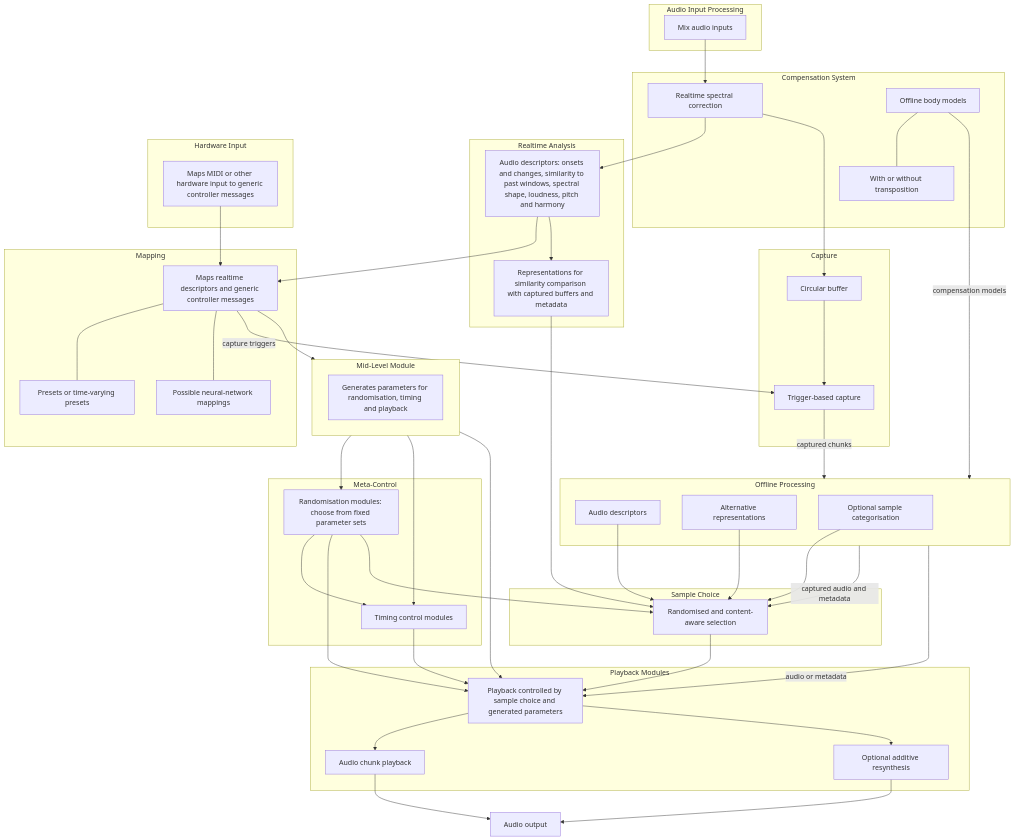
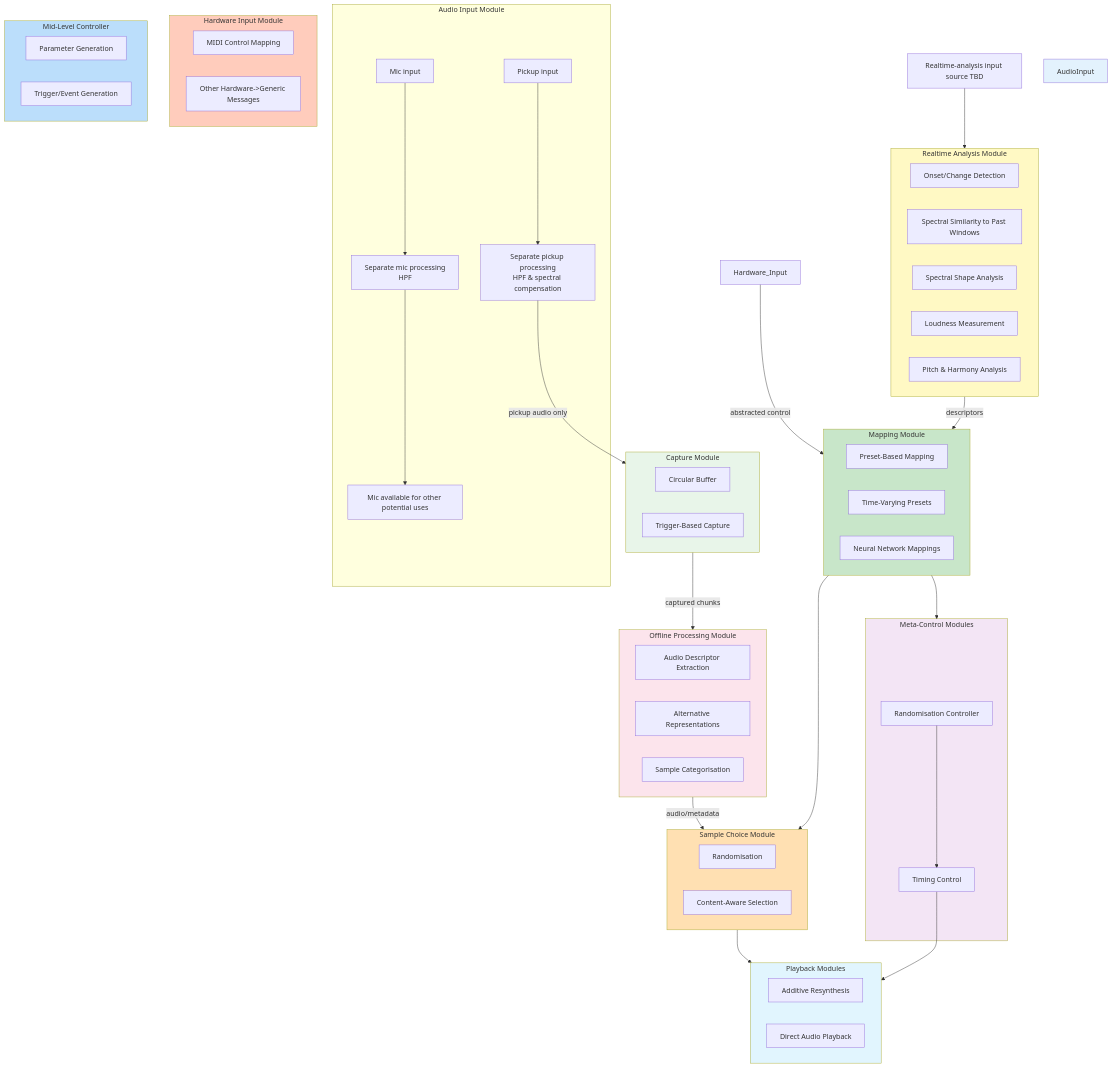
Before and after one commit to AlexHarker/wintersleep: the first of 5 diagrams in System Architecture.md, drawn with Mermaid. The commit also changed other lines of this file and 2 other files, not shown here.

````diff
--- a/System Architecture.md
+++ b/System Architecture.md
@@ -7,92 +5,91 @@
 ```mermaid
 flowchart TB
-    subgraph Input["Audio Input Processing"]
-        Mix[Mix audio inputs]
+    subgraph Audio_Input["Audio Input Module"]
+        Mic[Mic input]
+        MicProcessing[Separate mic processing<br/>HPF]
+        Pickup[Pickup input]
+        PickupProcessing[Separate pickup processing<br/>HPF & spectral compensation]
+        MicOther[Mic available for other potential uses]
+        Mic --> MicProcessing
+        MicProcessing --> MicOther
+        Pickup --> PickupProcessing
     end
-
-    subgraph Compensation["Compensation System"]
-        Correction[Realtime spectral correction]
-        BodyModels[Offline body models]
-        Transposition[With or without transposition]
-        BodyModels --- Transposition
+    
+    subgraph Realtime_Analysis["Realtime Analysis Module"]
+        Onsets[Onset/Change Detection]
+        Similarity[Spectral Similarity to Past Windows]
+        Shape[Spectral Shape Analysis]
+        Loudness[Loudness Measurement]
+        Pitch[Pitch & Harmony Analysis]
     end
-
-    subgraph Analysis["Realtime Analysis"]
-        Descriptors[Audio descriptors: onsets and changes, similarity to past windows, spectral shape, loudness, pitch and harmony]
-        SimilarityData[Representations for similarity comparison with captured buffers and metadata]
+    
+    AnalysisInput[Realtime-analysis input source TBD]
+    
+    subgraph Capture["Capture Module"]
+        CircularBuffer[Circular Buffer]
+        TriggerCapture[Trigger-Based Capture]
     end
-
-    subgraph Capture["Capture"]
-        Buffer[Circular buffer]
-        Trigger[Trigger-based capture]
-        Buffer --> Trigger
+    
+    subgraph Offline_Processing["Offline Processing Module"]
+        DeriveDescriptors[Audio Descriptor Extraction]
+        AlternativeReps[Alternative Representations]
+        Categorise[Sample Categorisation]
     end
-
-    subgraph Offline["Offline Processing"]
-        OfflineDescriptors[Audio descriptors]
-        Alternative[Alternative representations]
-        Categories[Optional sample categorisation]
+    
+    subgraph Sample_Choice["Sample Choice Module"]
+        Random[Randomisation]
+        ContentAware[Content-Aware Selection]
     end
-
-    subgraph Choice["Sample Choice"]
-        Selection[Randomised and content-aware selection]
+    
+    subgraph Playback["Playback Modules"]
+        AdditiveSynth[Additive Resynthesis]
+        DirectPlayback[Direct Audio Playback]
     end
-
-    subgraph Mapping["Mapping"]
-        Map[Maps realtime descriptors and generic controller messages]
-        Presets[Presets or time-varying presets]
-        Neural[Possible neural-network mappings]
-        Map --- Presets
-        Map --- Neural
+    
+    subgraph Control["Meta-Control Modules"]
+        Randomisation[Randomisation Controller]
+        Timing[Timing Control]
     end
-
-    subgraph MidLevel["Mid-Level Module"]
-        Parameters[Generates parameters for randomisation, timing and playback]
+    
+    subgraph Input_Hardware["Hardware Input Module"]
+        MIDIMapper[MIDI Control Mapping]
+        OtherMapper[Other Hardware->Generic Messages]
     end
-
-    subgraph MetaControl["Meta-Control"]
-        Randomisation[Randomisation modules: choose from fixed parameter sets]
-        Timing[Timing control modules]
+    
+    subgraph Mapping["Mapping Module"]
+        PresetMap[Preset-Based Mapping]
+        TimeVar[Time-Varying Presets]
+        NeuralMap[Neural Network Mappings]
     end
-
-    subgraph Hardware["Hardware Input"]
-        Abstract[Maps MIDI or other hardware input to generic controller messages]
+    
+    subgraph MidLevel["Mid-Level Controller"]
+        ParameterGen[Parameter Generation]
+        TriggerGen[Trigger/Event Generation]
     end
-
-    subgraph Playback["Playback Modules"]
-        PlaybackControl[Playback controlled by sample choice and generated parameters]
-        AudioPlayback[Audio chunk playback]
-        Additive[Optional additive resynthesis]
-        PlaybackControl --> AudioPlayback
-        PlaybackControl --> Additive
-    end
-
-    Output[Audio output]
-
-    Mix --> Correction
-    Correction --> Descriptors
-    Correction --> Buffer
-    Descriptors --> Map
-    Descriptors --> SimilarityData
-    SimilarityData --> Selection
-    Map -->|capture triggers| Trigger
-    Trigger -->|captured chunks| Offline
-    BodyModels -->|compensation models| Offline
-    OfflineDescriptors --> Selection
-    Alternative --> Selection
-    Categories --> Selection
-    Offline -->|captured audio and metadata| Selection
-    Map --> MidLevel
-    Abstract --> Map
-    MidLevel --> Randomisation
-    MidLevel --> Timing
-    MidLevel --> PlaybackControl
+    
+    PickupProcessing -->|pickup audio only| Capture
+    AnalysisInput --> Realtime_Analysis
+    
+    Realtime_Analysis -->|descriptors| Mapping
+    Capture -->|captured chunks| Offline_Processing
+    Mapping --> Sample_Choice
+    Offline_Processing -->|audio/metadata| Sample_Choice
+    
+    Sample_Choice --> Playback
+    Mapping --> Control
+    Hardware_Input -->|abstracted control| Mapping
+    
     Randomisation --> Timing
-    Randomisation --> PlaybackControl
-    Timing --> PlaybackControl
-    Selection --> PlaybackControl
-    Randomisation --> Selection
-    Offline -->|audio or metadata| PlaybackControl
-    AudioPlayback --> Output
-    Additive --> Output
+    Timing --> Playback
+    
+    style AudioInput fill:#e3f2fd
+    style Realtime_Analysis fill:#fff9c4
+    style Capture fill:#e8f5e9
+    style Offline_Processing fill:#fce4ec
+    style Sample_Choice fill:#ffe0b2
+    style Playback fill:#e1f5fe
+    style Control fill:#f3e5f5
+    style Input_Hardware fill:#ffccbc
+    style Mapping fill:#c8e6c9
+    style MidLevel fill:#bbdefb
 ```
````
